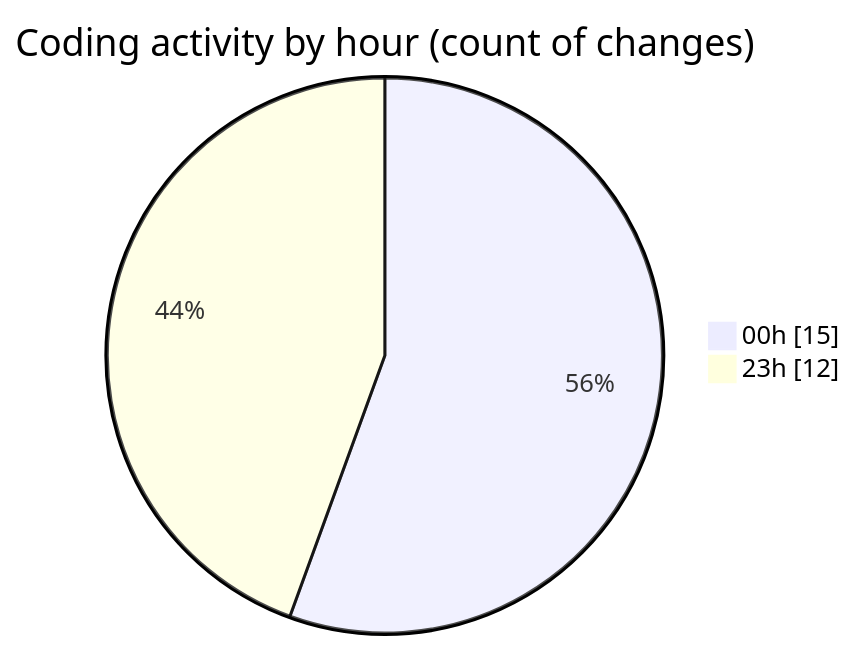
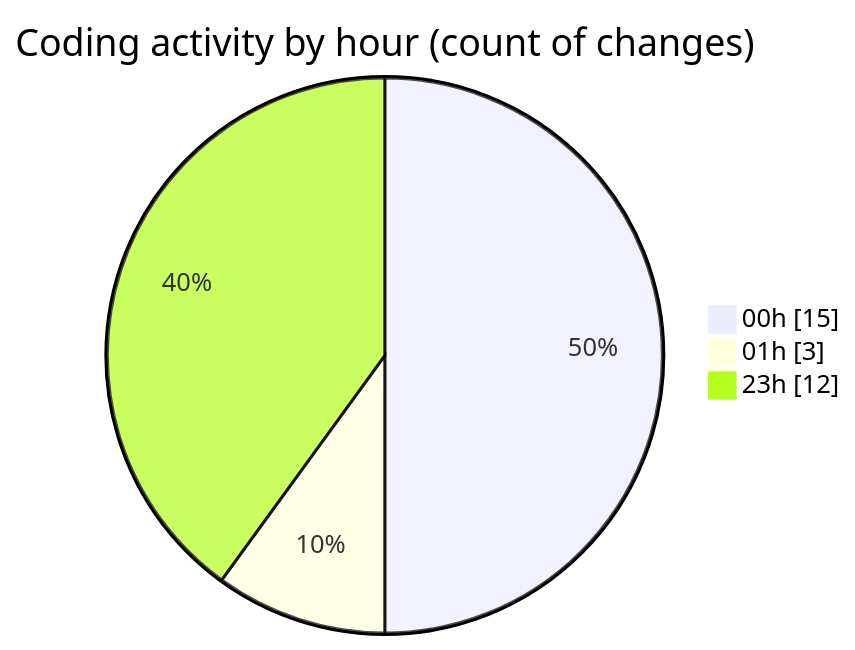
Before and after one commit to julien-gomy/code-tracking: the second of 2 diagrams in 2025-10-31/eventscop-frontend-guide__workspace_/README.md, drawn with Mermaid. The commit also changed other lines of this file and 1 other file, not shown here.

````diff
--- a/2025-10-31/eventscop-frontend-guide__workspace_/README.md
+++ b/2025-10-31/eventscop-frontend-guide__workspace_/README.md
@@ -35,6 +35,7 @@
 ```mermaid
 pie showData
 title Coding activity by hour (count of changes)
 "00h" : 15
+"01h" : 3
 "23h" : 12
 ```
````
